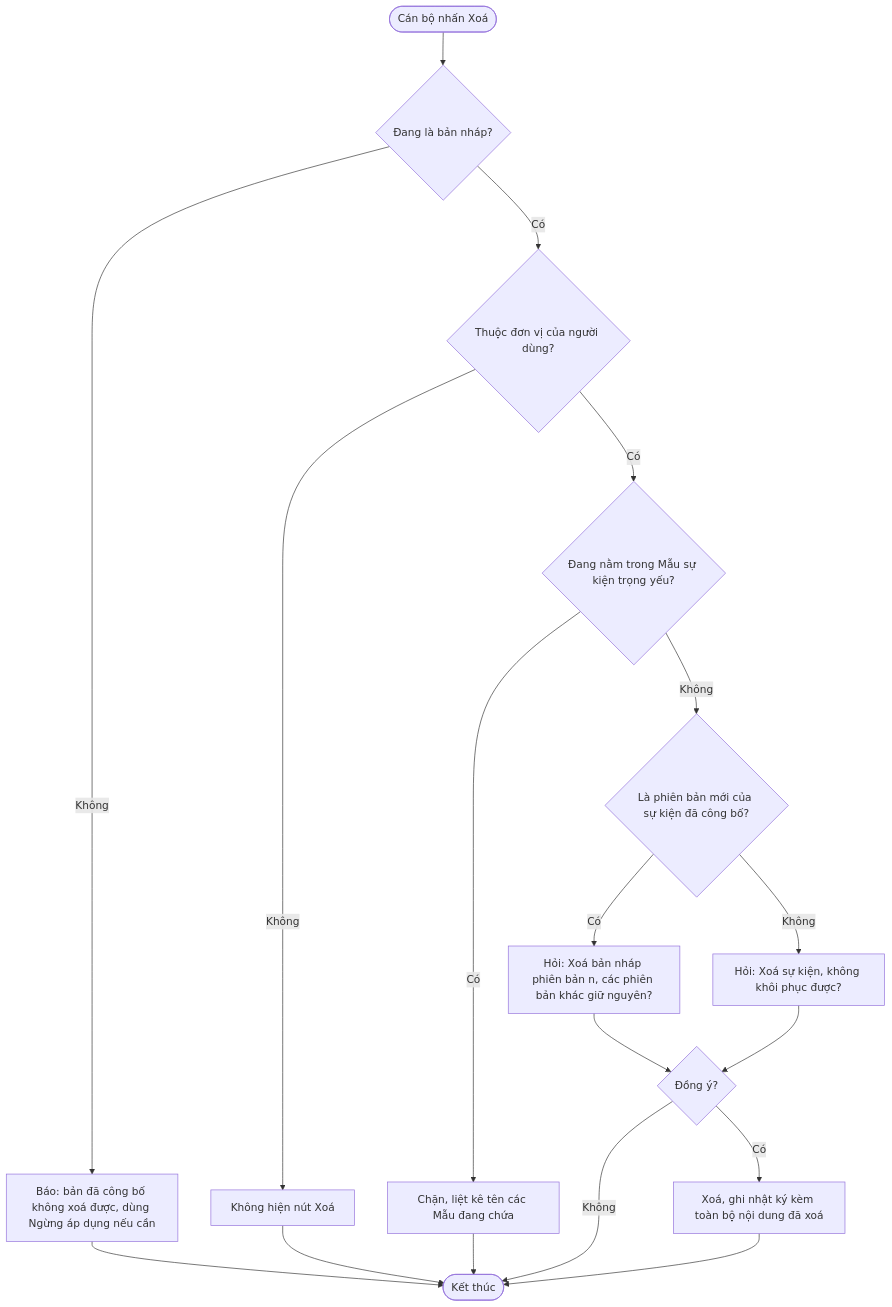
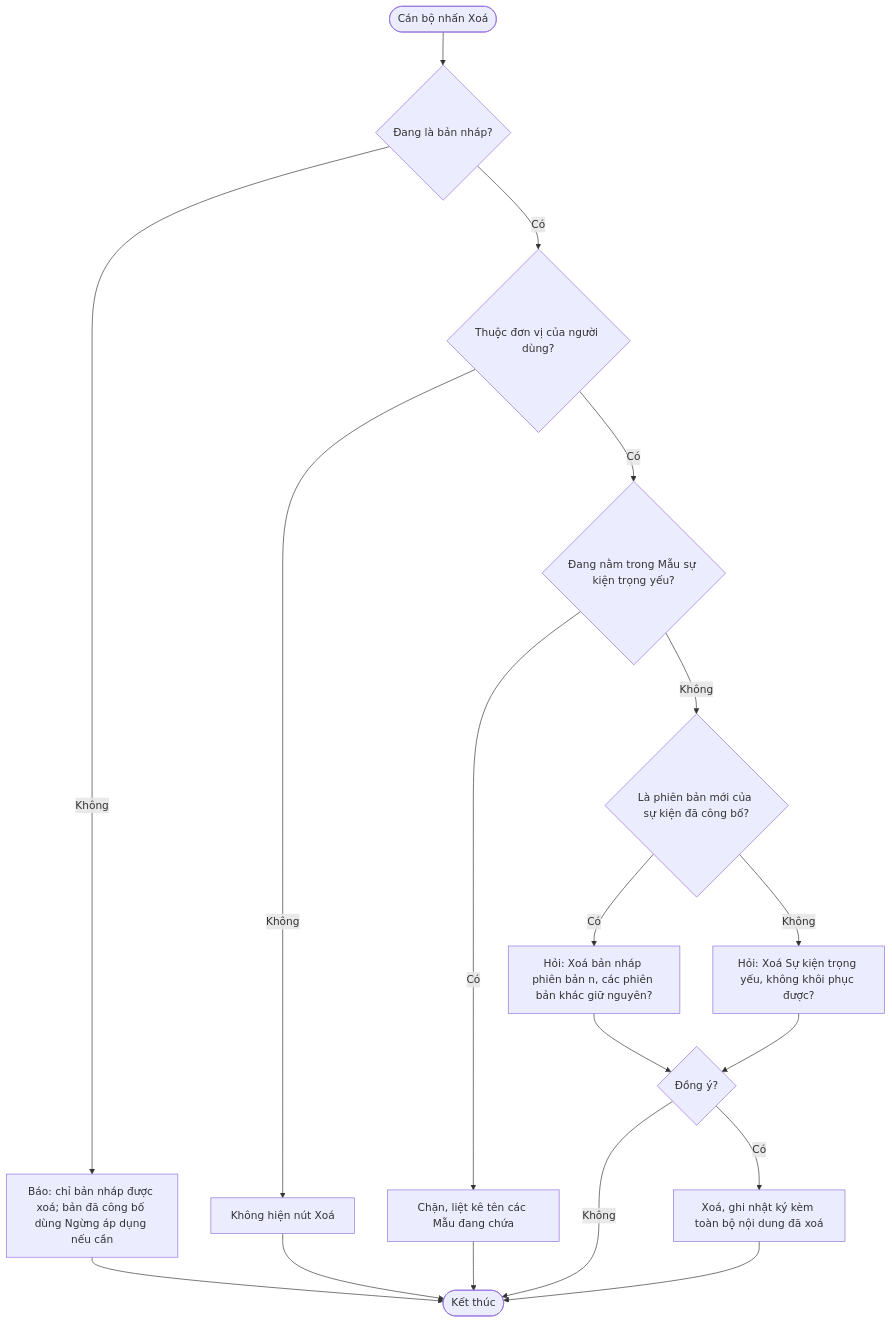
The eighth of 17 diagrams in docs/prd/PRD-Xay-dung-Su-kien-trong-yeu.md (cuongnh-rd/ndatrace-attp), drawn with Mermaid before and after one commit. The commit also changed other lines of this file and 18 other files, not shown here.

First line of the commit message:
docs: PRD Xây dựng Sự kiện trọng yếu v6 - đối chiếu Quyển 2/3, bổ sung phê duyệt, quy tắc viết đầy đủ

````diff
--- a/docs/prd/PRD-Xay-dung-Su-kien-trong-yeu.md
+++ b/docs/prd/PRD-Xay-dung-Su-kien-trong-yeu.md
@@ -362,16 +754,16 @@
 ```mermaid
 flowchart TD
     A([Cán bộ nhấn Xoá]) --> B{Đang là bản nháp?}
-    B -- Không --> X1[Báo: bản đã công bố không xoá được, dùng Ngừng áp dụng nếu cần] --> Z([Kết thúc])
+    B -- Không --> X1[Báo: chỉ bản nháp được xoá; bản đã công bố dùng Ngừng áp dụng nếu cần] --> Z([Kết thúc])
     B -- Có --> C{Thuộc đơn vị của người dùng?}
     C -- Không --> X2[Không hiện nút Xoá] --> Z
     C -- Có --> D{Đang nằm trong Mẫu sự kiện trọng yếu?}
     D -- Có --> X3[Chặn, liệt kê tên các Mẫu đang chứa] --> Z
     D -- Không --> E{Là phiên bản mới của sự kiện đã công bố?}
     E -- Có --> F[Hỏi: Xoá bản nháp phiên bản n, các phiên bản khác giữ nguyên?]
-    E -- Không --> G[Hỏi: Xoá sự kiện, không khôi phục được?]
+    E -- Không --> G[Hỏi: Xoá Sự kiện trọng yếu, không khôi phục được?]
     F --> H{Đồng ý?}
     G --> H
     H -- Không --> Z
     H -- Có --> I[Xoá, ghi nhật ký kèm toàn bộ nội dung đã xoá] --> Z
 ```
````
